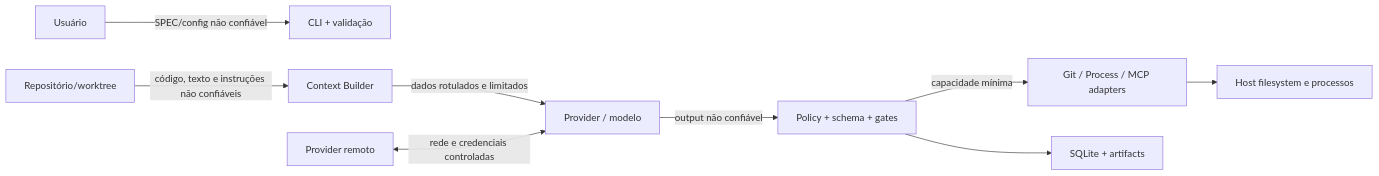
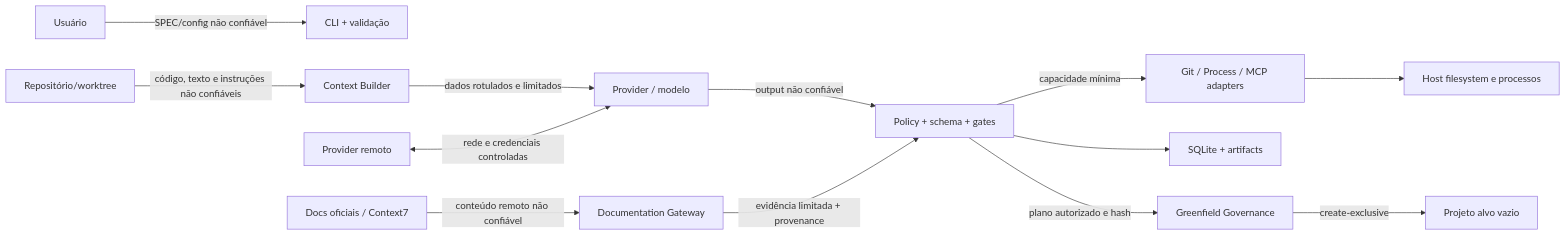
One commit to douggomes/ai-software-factory changed the diagram in docs/planejamento/security-review.md. Above: the diagram before and after it, drawn with Mermaid. The commit also changed other lines of this file and 6 other files, not shown here.

Commit message:
docs: plan trusted research and greenfield governance

````diff
--- a/docs/planejamento/security-review.md
+++ b/docs/planejamento/security-review.md
@@ -51,11 +55,15 @@
 ```mermaid
 flowchart LR
     User["Usuário"] -->|"SPEC/config não confiável"| CLI["CLI + validação"]
     Repo["Repositório/worktree"] -->|"código, texto e instruções não confiáveis"| Context["Context Builder"]
     Context -->|"dados rotulados e limitados"| Model["Provider / modelo"]
     Model -->|"output não confiável"| Policy["Policy + schema + gates"]
     Policy -->|"capacidade mínima"| Tools["Git / Process / MCP adapters"]
     Tools --> Host["Host filesystem e processos"]
     Policy --> Store["SQLite + artifacts"]
     Remote["Provider remoto"] <-->|"rede e credenciais controladas"| Model
+    Docs["Docs oficiais / Context7"] -->|"conteúdo remoto não confiável"| DocGateway["Documentation Gateway"]
+    DocGateway -->|"evidência limitada + provenance"| Policy
+    Policy -->|"plano autorizado e hash"| Bootstrap["Greenfield Governance"]
+    Bootstrap -->|"create-exclusive"| Target["Projeto alvo vazio"]
 ```
````
